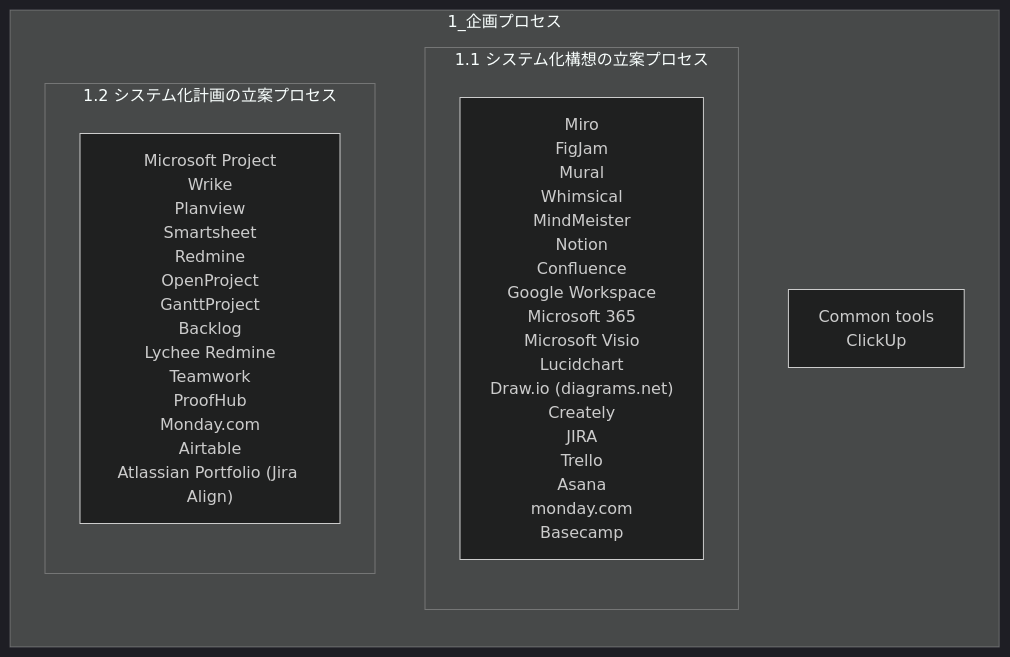
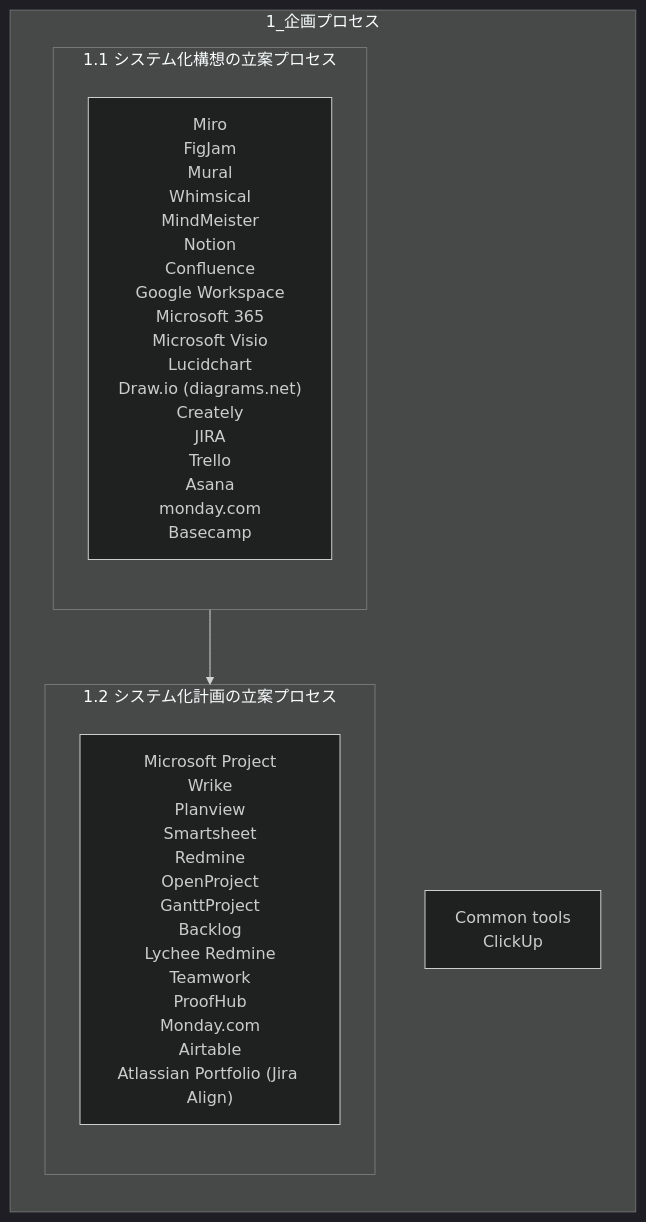
Before and after one commit to infinith4/dev-moderndev: the second of 13 diagrams in docs/dev_process_mermaid.md, drawn with Mermaid (dark theme). The commit also changed other lines of this file, not shown here.

````diff
--- a/docs/dev_process_mermaid.md
+++ b/docs/dev_process_mermaid.md
@@ -8,16 +24,17 @@
 ```mermaid
 %%{init: {'flowchart': {'htmlLabels': true}}}%%
 flowchart TB
     subgraph P1[1_企画プロセス]
         direction TB
         P1_common["Common tools<br/>ClickUp"]
         subgraph P1s1[1.1 システム化構想の立案プロセス]
             direction TB
             P1s1_t["Miro<br/>FigJam<br/>Mural<br/>Whimsical<br/>MindMeister<br/>Notion<br/>Confluence<br/>Google Workspace<br/>Microsoft 365<br/>Microsoft Visio<br/>Lucidchart<br/>Draw.io (diagrams.net)<br/>Creately<br/>JIRA<br/>Trello<br/>Asana<br/>monday.com<br/>Basecamp"]
         end
         subgraph P1s2[1.2 システム化計画の立案プロセス]
             direction TB
             P1s2_t["Microsoft Project<br/>Wrike<br/>Planview<br/>Smartsheet<br/>Redmine<br/>OpenProject<br/>GanttProject<br/>Backlog<br/>Lychee Redmine<br/>Teamwork<br/>ProofHub<br/>Monday.com<br/>Airtable<br/>Atlassian Portfolio (Jira Align)"]
         end
+        P1s1 --> P1s2
     end
 ```
````
